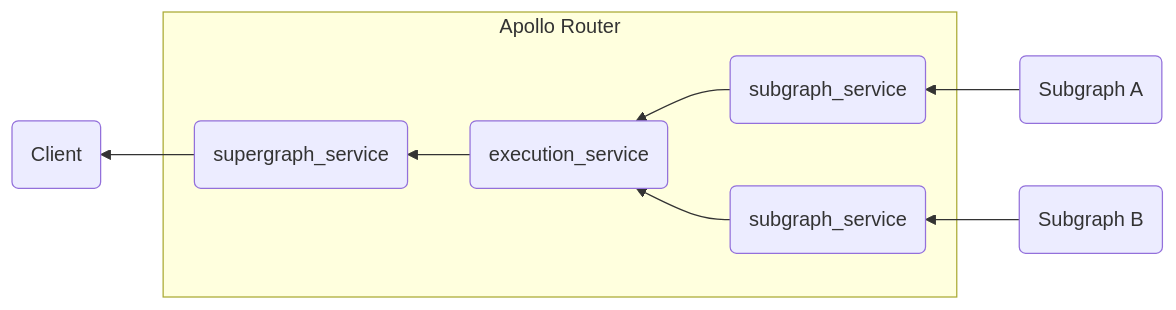
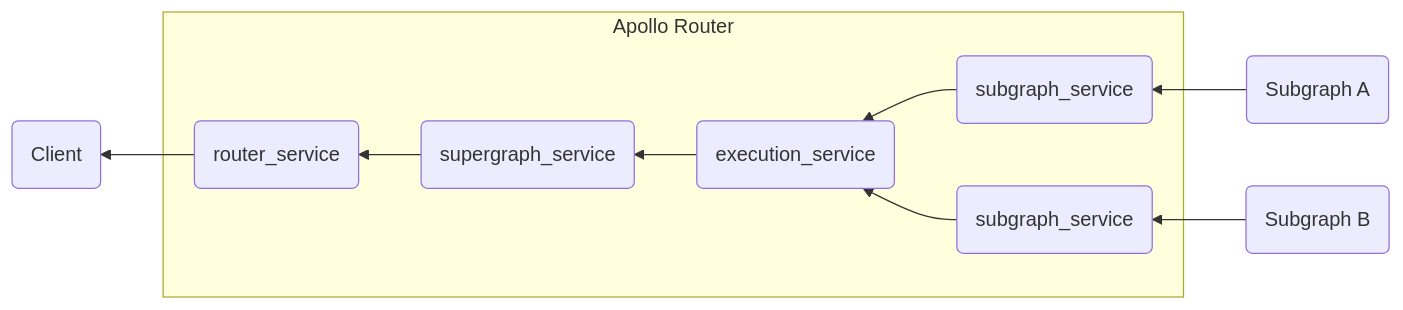
Before and after one commit to apollographql/router: the third of 3 diagrams in docs/source/customizations/rhai.mdx, drawn with Mermaid. The commit also changed other lines of this file and 2 other files, not shown here.

````diff
--- a/docs/source/customizations/rhai.mdx
+++ b/docs/source/customizations/rhai.mdx
@@ -285,19 +286,21 @@
     ```mermaid
     graph RL;
       client(Client);
       subgraph Apollo Router
+      execution(execution_service);
       supergraph(supergraph_service);
-      execution(execution_service);
+      router(router_service);
       subs_a(subgraph_service);
       subs_b(subgraph_service);
       end;
       sub_a(Subgraph A);
       sub_b(Subgraph B);
       sub_a --> subs_a;
       sub_b --> subs_b;
       subs_a --> execution;
       subs_b --> execution;
       execution --> supergraph;
-      supergraph --> client;
+      supergraph --> router;;
+      router --> client;
       class client,sub_a,sub_b secondary;
     ```
````
